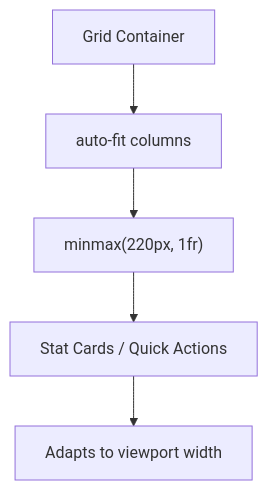
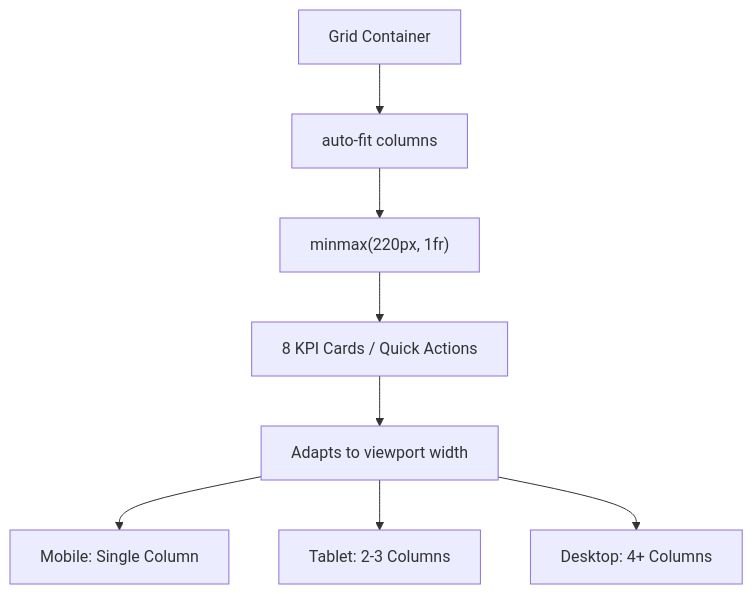
One commit to ObeyMuchechesi/TicketFlow changed the seventh of 11 diagrams in .qoder/repowiki/en/content/Admin Dashboard/Dashboard Overview.md. Above: the diagram before and after it, drawn with Mermaid. The commit also changed other lines of this file and 12 other files, not shown here.

First line of the commit message:
docs: EcoCash schema columns and project documentation refresh

````diff
--- a/.qoder/repowiki/en/content/Admin Dashboard/Dashboard Overview.md
+++ b/.qoder/repowiki/en/content/Admin Dashboard/Dashboard Overview.md
@@ -225,7 +268,10 @@
 ```mermaid
 flowchart TD
 Container["Grid Container"] --> AutoFit["auto-fit columns"]
 AutoFit --> MinMax["minmax(220px, 1fr)"]
-MinMax --> Cards["Stat Cards / Quick Actions"]
+MinMax --> Cards["8 KPI Cards / Quick Actions"]
 Cards --> Responsive["Adapts to viewport width"]
+Responsive --> Mobile["Mobile: Single Column"]
+Responsive --> Tablet["Tablet: 2-3 Columns"]
+Responsive --> Desktop["Desktop: 4+ Columns"]
 ```
````
